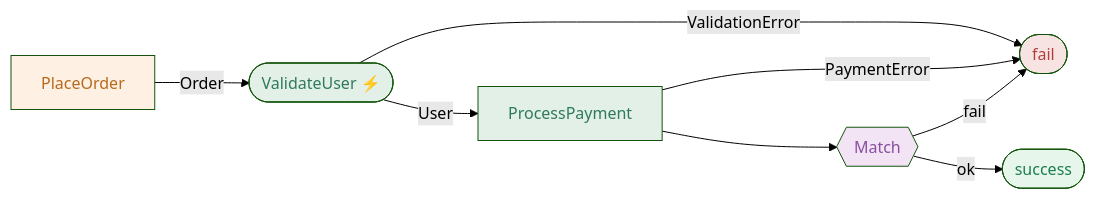
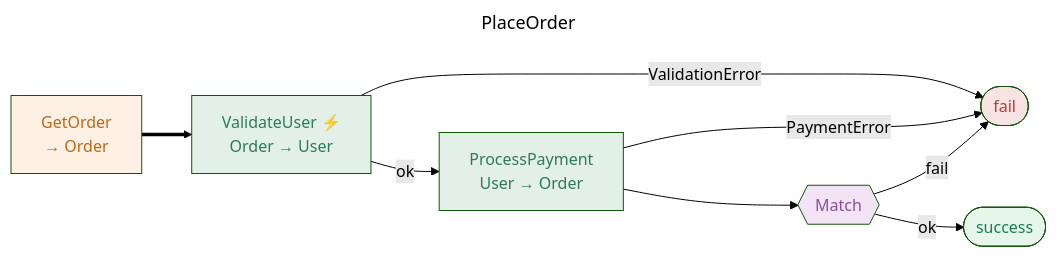
One commit to reslava/nuget-package-reslava-result changed the first of 6 diagrams in mkdocs/resultflow/diagrams/index.md. Above: the diagram before and after it, drawn with Mermaid (forest theme). The commit also changed other lines of this file and 22 other files, not shown here.

First line of the commit message:
feat: v1.47.1 — Diagram title, root entry node, code action fixes

````diff
--- a/mkdocs/resultflow/diagrams/index.md
+++ b/mkdocs/resultflow/diagrams/index.md
@@ -16,24 +16,25 @@
 ```mermaid
+---
+title: PlaceOrder
+---
 flowchart LR
-  N0_PlaceOrder["PlaceOrder"]:::operation
-  N1_ValidateUser(["ValidateUser ⚡"]):::transform
-  N2_ProcessPayment["ProcessPayment"]:::transform
-  N3_Match{{"Match"}}:::terminal
-
-  N0_PlaceOrder -->|"Order"| N1_ValidateUser
-  N1_ValidateUser -->|"ValidationError"| FAIL
-  N1_ValidateUser -->|"User"| N2_ProcessPayment
-  N2_ProcessPayment -->|"PaymentError"| FAIL
-  N2_ProcessPayment --> N3_Match
-  N3_Match -->|ok| SUCCESS
-  N3_Match -->|fail| FAIL
+  ENTRY_ROOT["GetOrder<br/>→ Order"]:::operation ==> N0_ValidateUser
+  N0_ValidateUser["ValidateUser ⚡<br/>Order → User"]:::transform
+  N0_ValidateUser -->|"ValidationError"| FAIL
+  N0_ValidateUser -->|ok| N1_ProcessPayment
+  N1_ProcessPayment["ProcessPayment<br/>User → Order"]:::transform
+  N1_ProcessPayment -->|"PaymentError"| FAIL
+  N1_ProcessPayment --> N2_Match
+  N2_Match{{"Match"}}:::terminal
+  N2_Match -->|ok| SUCCESS
+  N2_Match -->|fail| FAIL
 
   FAIL([fail]):::failure
   SUCCESS([success]):::success
 
   classDef operation  fill:#fef0e3,color:#b86a1c
   classDef transform  fill:#e3f0e8,color:#2f7a5c
   classDef terminal   fill:#f2e3f5,color:#8a4f9e
   classDef failure    fill:#f8e3e3,color:#b13e3e
   classDef success    fill:#e6f6ea,color:#1c7e4f
 ```
````
